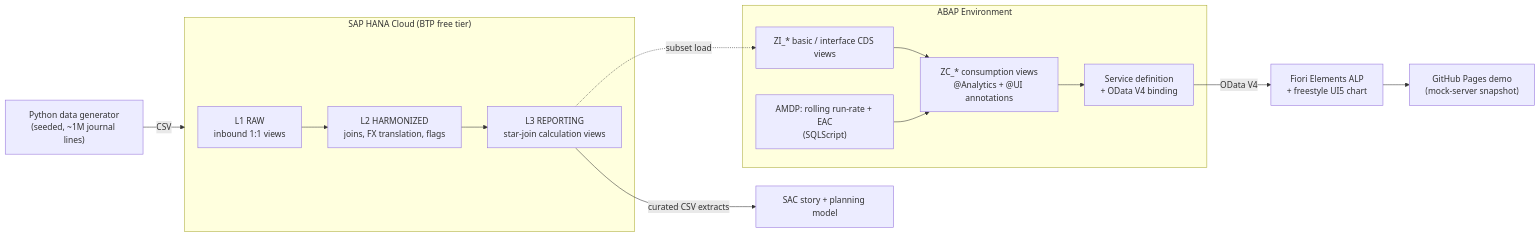
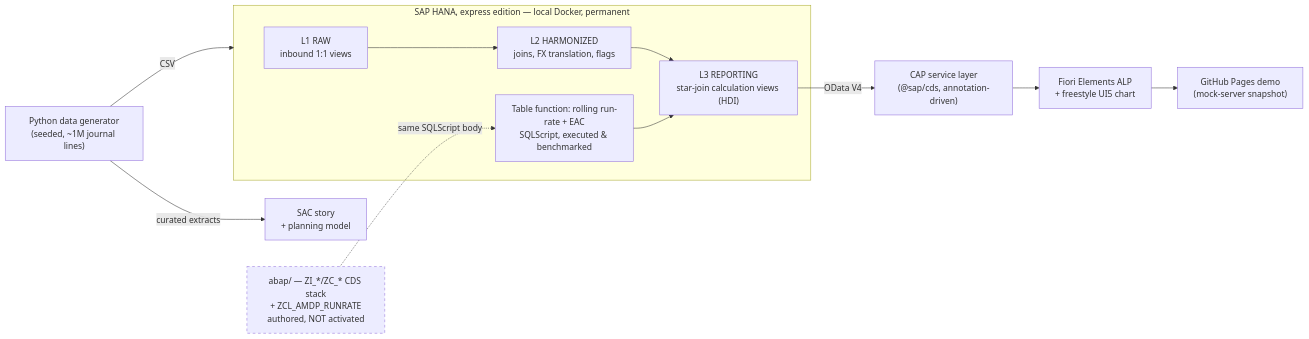
The diagram in README.md (Aymane-git21/nova-finance-bi), drawn with Mermaid before and after one commit. The commit also changed other lines of this file and 7 other files, not shown here.

````diff
--- a/README.md
+++ b/README.md
@@ -21,21 +21,19 @@
 ```mermaid
 flowchart LR
     GEN["Python data generator<br/>(seeded, ~1M journal lines)"] -->|CSV| HANA
+    GEN -->|curated extracts| SAC["SAC story<br/>+ planning model"]
 
-    subgraph HANA["SAP HANA Cloud (BTP free tier)"]
+    subgraph HANA["SAP HANA, express edition — local Docker, permanent"]
         L1["L1 RAW<br/>inbound 1:1 views"] --> L2["L2 HARMONIZED<br/>joins, FX translation, flags"]
-        L2 --> L3["L3 REPORTING<br/>star-join calculation views"]
+        L2 --> L3["L3 REPORTING<br/>star-join calculation views (HDI)"]
+        TF["Table function: rolling run-rate + EAC<br/>SQLScript, executed &amp; benchmarked"] --> L3
     end
 
-    subgraph ABAP["ABAP Environment"]
-        ZI["ZI_* basic / interface CDS views"] --> ZC["ZC_* consumption views<br/>@Analytics + @UI annotations"]
-        AMDP["AMDP: rolling run-rate + EAC<br/>(SQLScript)"] --> ZC
-        ZC --> SB["Service definition<br/>+ OData V4 binding"]
-    end
+    L3 -->|OData V4| CAP["CAP service layer<br/>(@sap/cds, annotation-driven)"]
+    CAP --> FIORI["Fiori Elements ALP<br/>+ freestyle UI5 chart"]
+    FIORI --> PAGES["GitHub Pages demo<br/>(mock-server snapshot)"]
 
-    L3 -.->|subset load| ZI
-    SB -->|OData V4| FIORI["Fiori Elements ALP<br/>+ freestyle UI5 chart"]
-    L3 -->|curated CSV extracts| SAC["SAC story + planning model"]
+    ABAP["abap/ — ZI_*/ZC_* CDS stack<br/>+ ZCL_AMDP_RUNRATE<br/>authored, NOT activated"] -.->|same SQLScript body| TF
 
-    FIORI --> PAGES["GitHub Pages demo<br/>(mock-server snapshot)"]
+    style ABAP stroke-dasharray: 5 5
 ```
````
